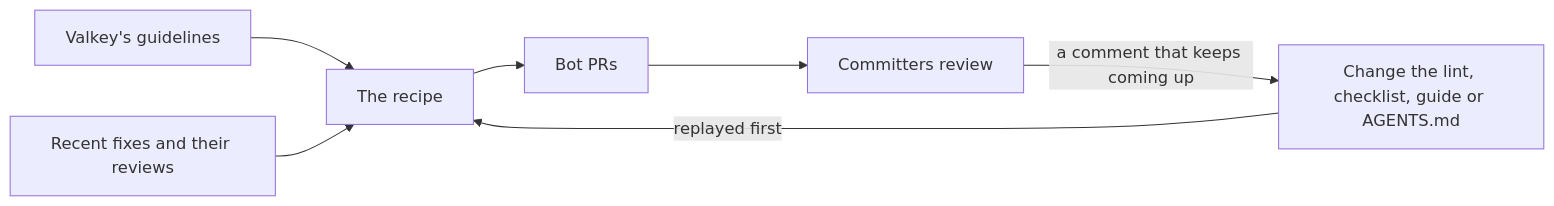
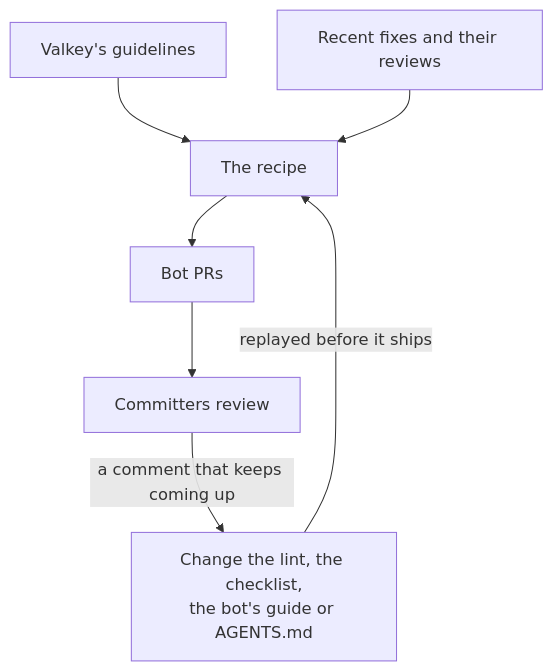
Before and after one commit to sarthakaggarwal97/valkey-ci-agent: the fifth of 8 diagrams in docs/design/software-factory.md, drawn with Mermaid. The commit also changed other lines of this file, not shown here.

Commit message:
Make the design doc's diagrams readable on GitHub

````diff
--- a/docs/design/software-factory.md
+++ b/docs/design/software-factory.md
@@ -458,9 +466,9 @@
 ```mermaid
-flowchart LR
+flowchart TD
     G["Valkey's guidelines"] --> R["The recipe"]
     E["Recent fixes and their reviews"] --> R
     R --> PR["Bot PRs"]
     PR --> RV["Committers review"]
-    RV -->|"a comment that keeps coming up"| CH["Change the lint, checklist, guide or AGENTS.md"]
-    CH -->|"replayed first"| R
+    RV -->|"a comment that keeps coming up"| CH["Change the lint, the checklist,<br/>the bot's guide or AGENTS.md"]
+    CH -->|"replayed before it ships"| R
 ```
````
